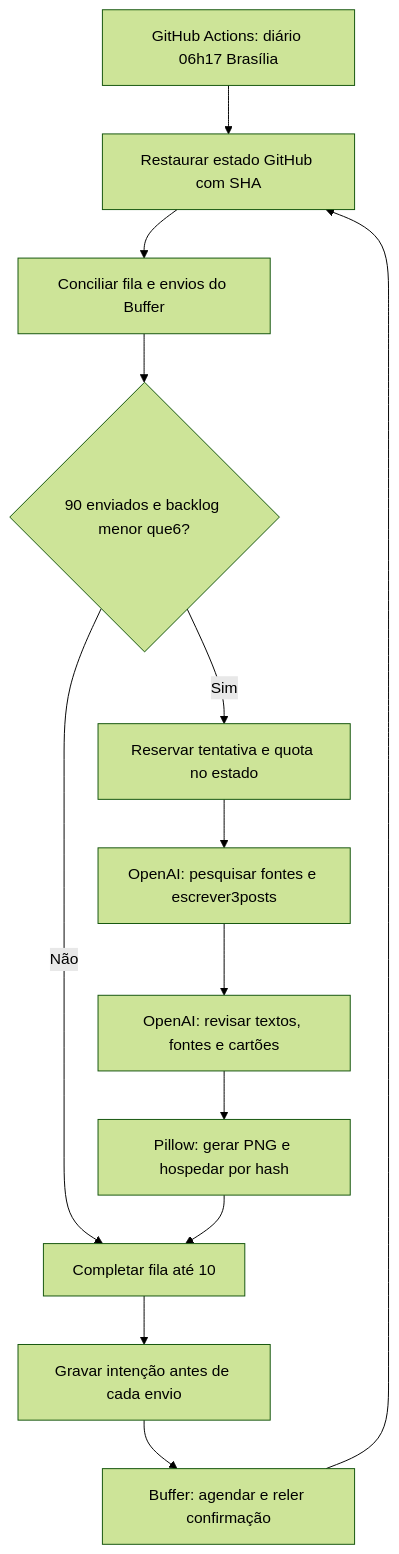
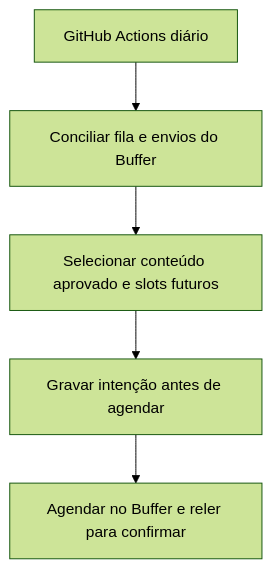
The diagram in linkedin-worker/README.md (MolinaGG/guilherme-molina-portfolio), drawn with Mermaid (forest theme) before and after one commit. The commit also changed other lines of this file and 3 other files, not shown here.

````diff
--- a/linkedin-worker/README.md
+++ b/linkedin-worker/README.md
@@ -7,15 +7,7 @@
 ```mermaid
 flowchart TD
- A[GitHub Actions: diário 06h17 Brasília] --> B[Restaurar estado GitHub com SHA]
- B --> C[Conciliar fila e envios do Buffer]
- C --> D{90 enviados e backlog menor que6?}
- D -->|Não| I[Completar fila até 10]
- D -->|Sim| E[Reservar tentativa e quota no estado]
- E --> F[OpenAI: pesquisar fontes e escrever3posts]
- F --> G[OpenAI: revisar textos, fontes e cartões]
- G --> H[Pillow: gerar PNG e hospedar por hash]
- H --> I
- I --> J[Gravar intenção antes de cada envio]
- J --> K[Buffer: agendar e reler confirmação]
- K --> B
+ A[GitHub Actions diário] --> B[Conciliar fila e envios do Buffer]
+ B --> C[Selecionar conteúdo aprovado e slots futuros]
+ C --> D[Gravar intenção antes de agendar]
+ D --> E[Agendar no Buffer e reler para confirmar]
 ```
````
